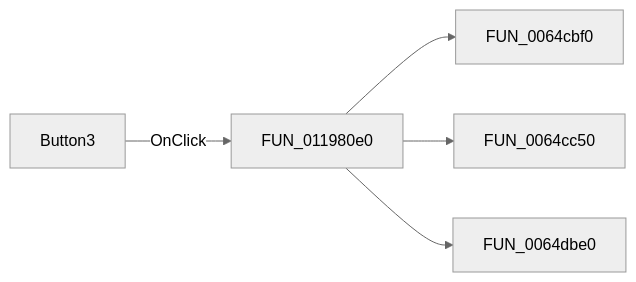
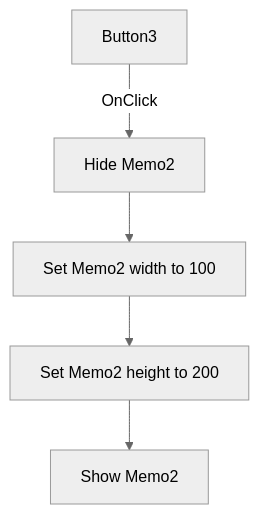
Before and after one commit to MovGP0/TIARA: the diagram in docs/ui-controls/kiiro-form/button3-a0fa1ef6d4.md, drawn with Mermaid (neutral theme). The commit also changed other lines of this file and 387 other files, not shown here.

````diff
--- a/docs/ui-controls/kiiro-form/button3-a0fa1ef6d4.md
+++ b/docs/ui-controls/kiiro-form/button3-a0fa1ef6d4.md
@@ -27,7 +37,7 @@
 ```mermaid
-flowchart LR
-    control["Button3"] -->|OnClick| handler["FUN_011980e0"]
-    handler --> call1["FUN_0064cbf0"]
-    handler --> call2["FUN_0064cc50"]
-    handler --> call3["FUN_0064dbe0"]
+flowchart TD
+    control["Button3"] -->|OnClick| hideMemo["Hide Memo2"]
+    hideMemo --> width["Set Memo2 width to 100"]
+    width --> height["Set Memo2 height to 200"]
+    height --> showMemo["Show Memo2"]
 ```
````
